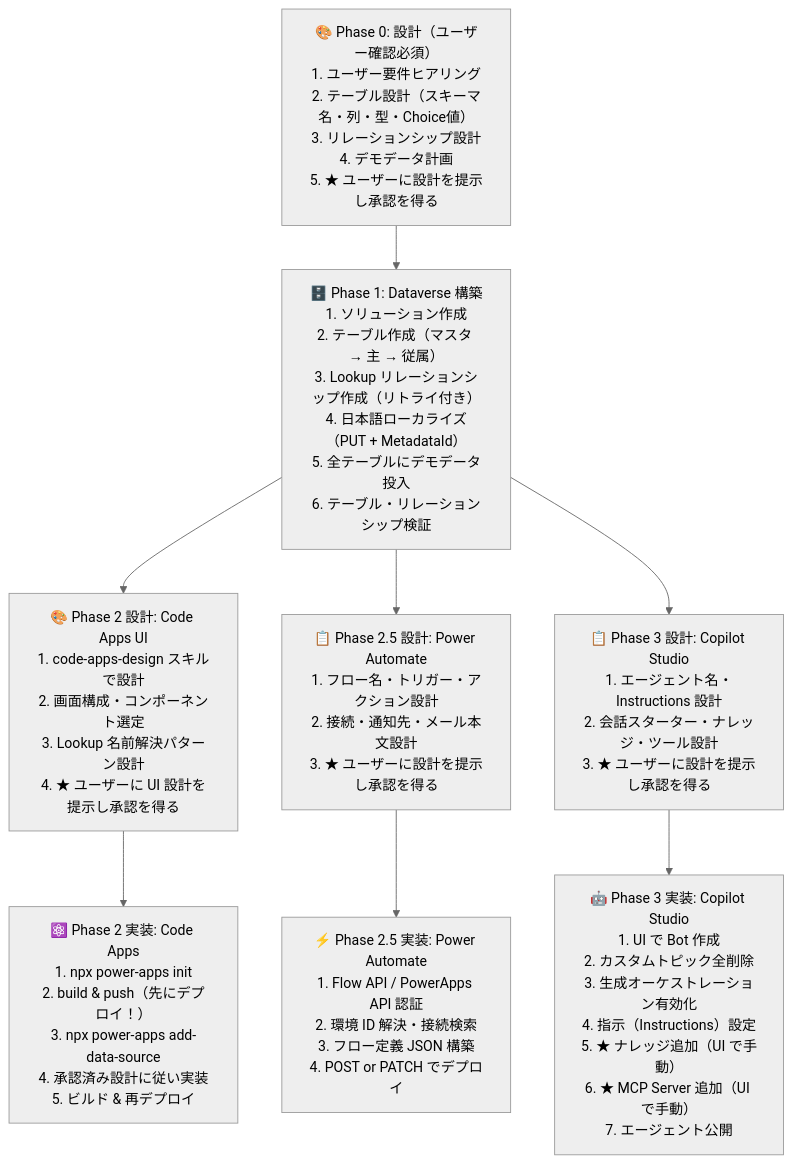
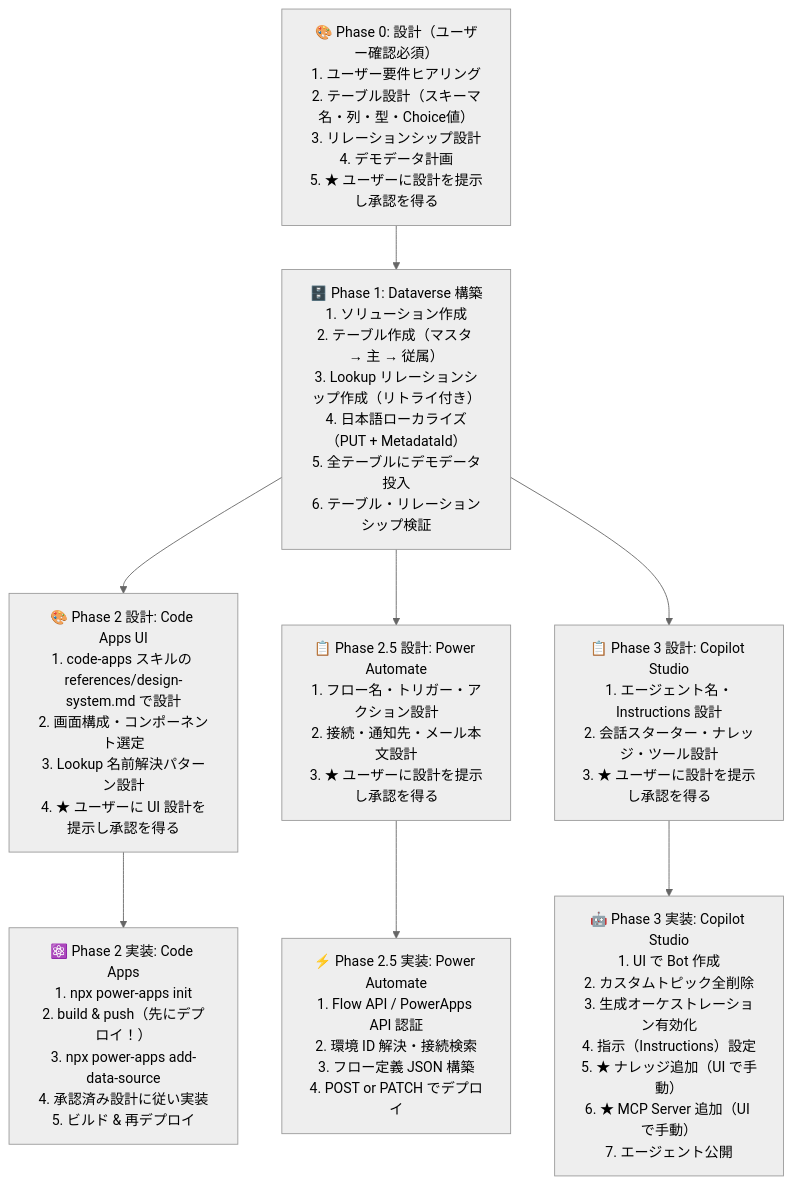
One commit to PLUG365/DecisionFlow changed the diagram in docs/POWER_PLATFORM_DEVELOPMENT_STANDARD.md. Above: the diagram before and after it, drawn with Mermaid (neutral theme). The commit also changed other lines of this file and 81 other files, not shown here.

````diff
--- a/docs/POWER_PLATFORM_DEVELOPMENT_STANDARD.md
+++ b/docs/POWER_PLATFORM_DEVELOPMENT_STANDARD.md
@@ -1427,23 +1427,23 @@
 ```mermaid
 flowchart TD
     P0["🎨 Phase 0: 設計（ユーザー確認必須）\n1. ユーザー要件ヒアリング\n2. テーブル設計（スキーマ名・列・型・Choice値）\n3. リレーションシップ設計\n4. デモデータ計画\n5. ★ ユーザーに設計を提示し承認を得る"]
 
     P1["🗄️ Phase 1: Dataverse 構築\n1. ソリューション作成\n2. テーブル作成（マスタ → 主 → 従属）\n3. Lookup リレーションシップ作成（リトライ付き）\n4. 日本語ローカライズ（PUT + MetadataId）\n5. 全テーブルにデモデータ投入\n6. テーブル・リレーションシップ検証"]
 
-    P2D["🎨 Phase 2 設計: Code Apps UI\n1. code-apps-design スキルで設計\n2. 画面構成・コンポーネント選定\n3. Lookup 名前解決パターン設計\n4. ★ ユーザーに UI 設計を提示し承認を得る"]
+    P2D["🎨 Phase 2 設計: Code Apps UI\n1. code-apps スキルの references/design-system.md で設計\n2. 画面構成・コンポーネント選定\n3. Lookup 名前解決パターン設計\n4. ★ ユーザーに UI 設計を提示し承認を得る"]
 
     P2["⚛️ Phase 2 実装: Code Apps\n1. npx power-apps init\n2. build & push（先にデプロイ！）\n3. npx power-apps add-data-source\n4. 承認済み設計に従い実装\n5. ビルド & 再デプロイ"]
 
     P25D["📋 Phase 2.5 設計: Power Automate\n1. フロー名・トリガー・アクション設計\n2. 接続・通知先・メール本文設計\n3. ★ ユーザーに設計を提示し承認を得る"]
 
     P25["⚡ Phase 2.5 実装: Power Automate\n1. Flow API / PowerApps API 認証\n2. 環境 ID 解決・接続検索\n3. フロー定義 JSON 構築\n4. POST or PATCH でデプロイ"]
 
     P3D["📋 Phase 3 設計: Copilot Studio\n1. エージェント名・Instructions 設計\n2. 会話スターター・ナレッジ・ツール設計\n3. ★ ユーザーに設計を提示し承認を得る"]
 
     P3["🤖 Phase 3 実装: Copilot Studio\n1. UI で Bot 作成\n2. カスタムトピック全削除\n3. 生成オーケストレーション有効化\n4. 指示（Instructions）設定\n5. ★ ナレッジ追加（UI で手動）\n6. ★ MCP Server 追加（UI で手動）\n7. エージェント公開"]
 
     P0 --> P1
     P1 --> P2D --> P2
     P1 --> P25D --> P25
     P1 --> P3D --> P3
 ```
````
